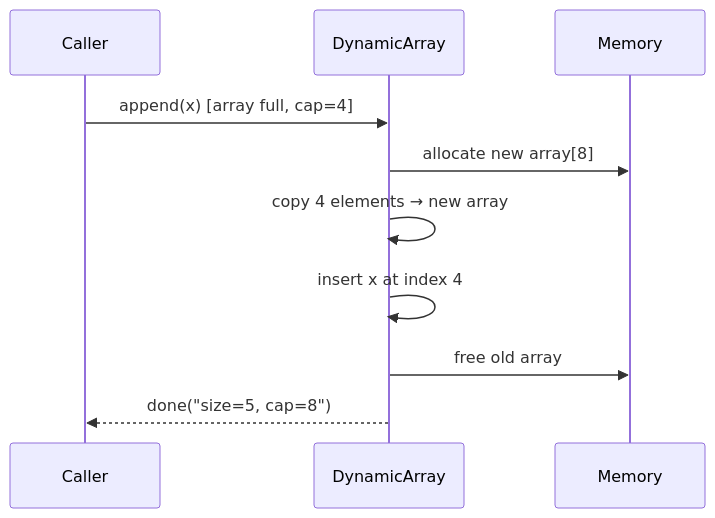
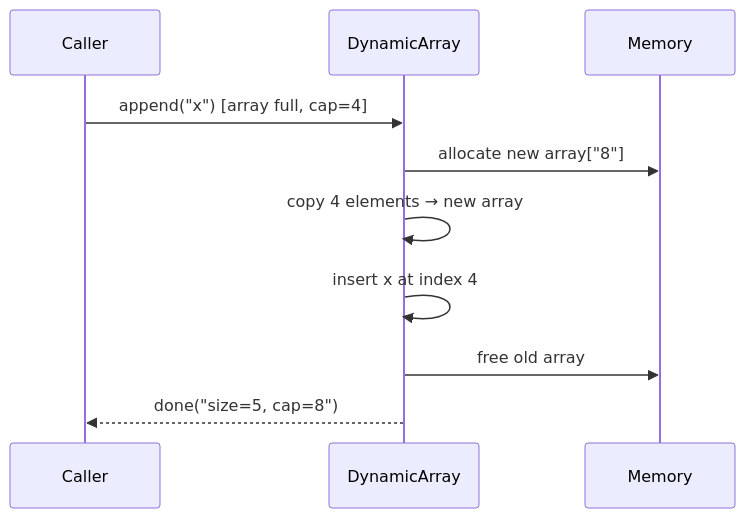
The diagram in content/questions/fundamentals/array-dynamic-resizing.md (pploc/swe-icon-the-moment), drawn with Mermaid before and after one commit. The commit also changed 138 other files, not shown here.

````diff
--- a/content/questions/fundamentals/array-dynamic-resizing.md
+++ b/content/questions/fundamentals/array-dynamic-resizing.md
@@ -23,13 +23,14 @@
 ```mermaid
 sequenceDiagram
     participant A as Caller
     participant D as DynamicArray
     participant M as Memory
-    A->>D: append(x) [array full, cap=4]
-    D->>M: allocate new array[8]
+    A->>D: append("x") [array full, cap=4]
+    D->>M: allocate new array["8"]
     D->>D: copy 4 elements → new array
     D->>D: insert x at index 4
     D->>M: free old array
     D-->>A: done("size=5, cap=8")
 
+
 ```
````
